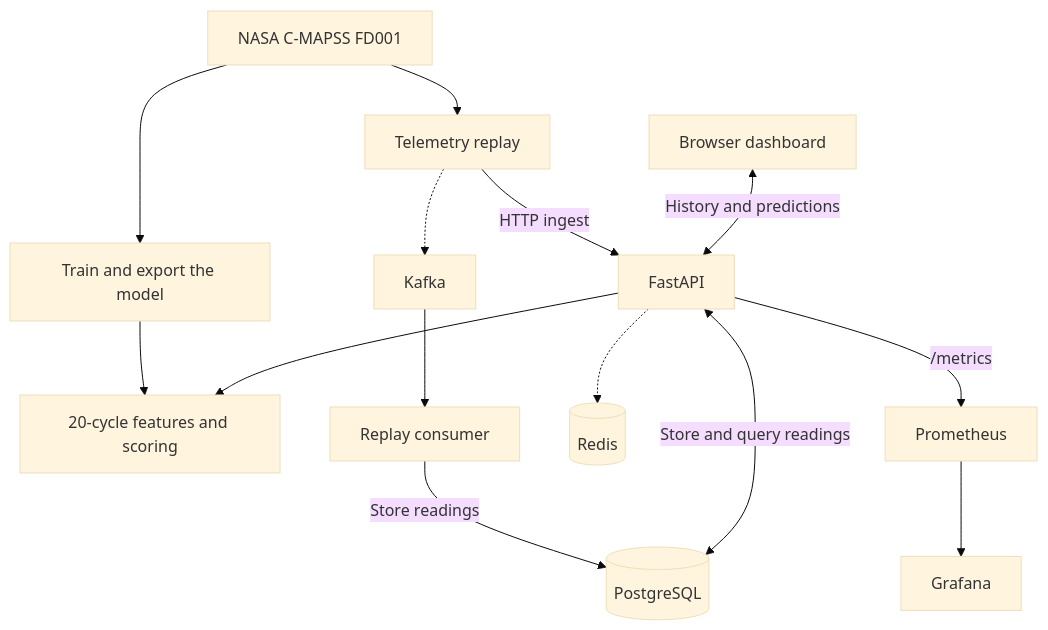
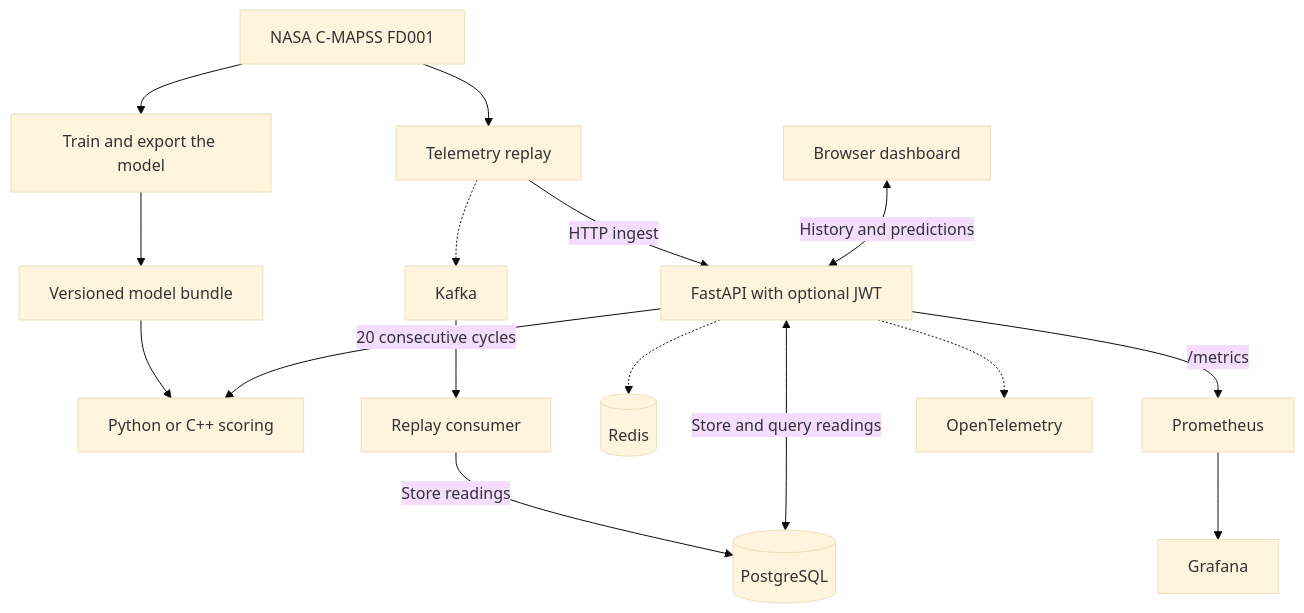
One commit to atharvj/FaultWatch changed the diagram in README.md. Above: the diagram before and after it, drawn with Mermaid (base theme). The commit also changed other lines of this file and 3 other files, not shown here.

Commit message:
Compare native and Python ONNX under the same HTTP workload

````diff
--- a/README.md
+++ b/README.md
@@ -17,16 +17,18 @@
 ```mermaid
 flowchart TD
     Data["NASA C-MAPSS FD001"] --> Replay["Telemetry replay"]
     Data --> Train["Train and export the model"]
-    Train --> Inference["20-cycle features and scoring"]
-    Replay -->|HTTP ingest| API["FastAPI"]
+    Train --> Bundle["Versioned model bundle"]
+    Bundle --> Inference["Python or C++ scoring"]
+    Replay -->|HTTP ingest| API["FastAPI with optional JWT"]
     Replay -.-> Kafka["Kafka"]
     Kafka --> Consumer["Replay consumer"]
     Consumer -->|Store readings| DB[("PostgreSQL")]
     API <-->|Store and query readings| DB
     Dashboard["Browser dashboard"] <-->|History and predictions| API
-    API --> Inference
+    API -->|20 consecutive cycles| Inference
     API -.-> Cache[("Redis")]
     API -->|"/metrics"| Prometheus
     Prometheus --> Grafana
+    API -.-> OTLP["OpenTelemetry"]
 ```
````
